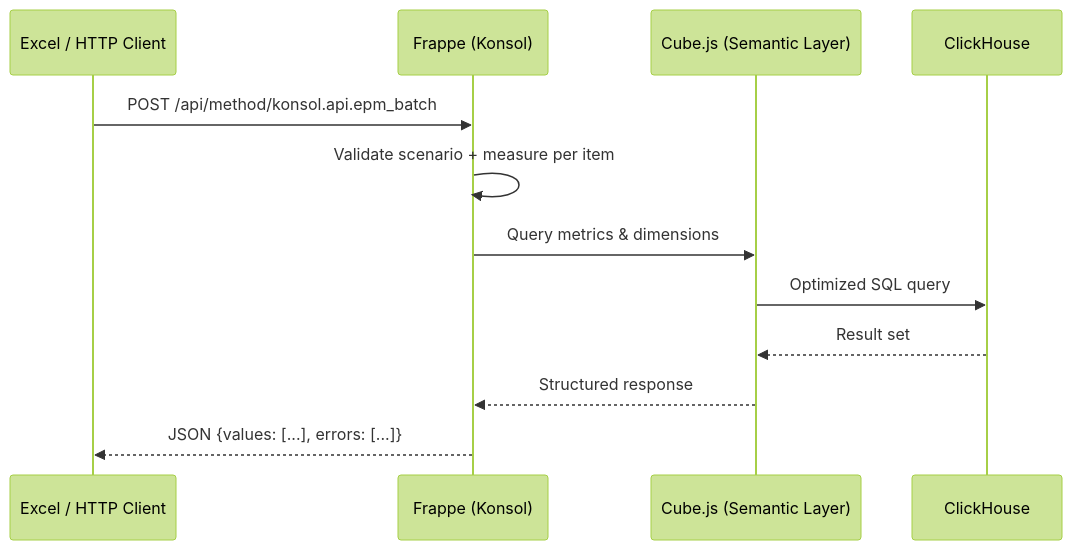
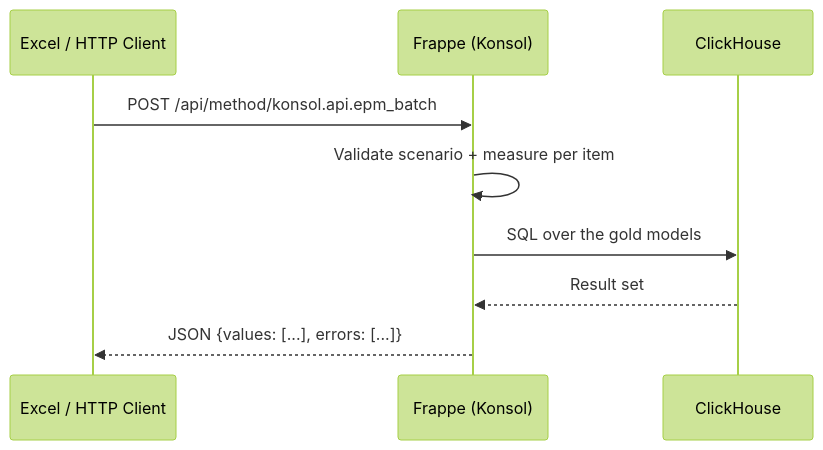
The diagram in docs/api-reference/api-overview.md (grynn-in/konsolidat), drawn with Mermaid (forest theme) before and after one commit. The commit also changed 43 other files, not shown here.

````diff
--- a/docs/api-reference/api-overview.md
+++ b/docs/api-reference/api-overview.md
@@ -40,15 +40,12 @@
 ```mermaid
 sequenceDiagram
     participant Client as Excel / HTTP Client
     participant Frappe as Frappe (Konsol)
-    participant Cube as Cube.js (Semantic Layer)
     participant CH as ClickHouse
 
     Client->>Frappe: POST /api/method/konsol.api.epm_batch
     Frappe->>Frappe: Validate scenario + measure per item
-    Frappe->>Cube: Query metrics & dimensions
-    Cube->>CH: Optimized SQL query
-    CH-->>Cube: Result set
-    Cube-->>Frappe: Structured response
+    Frappe->>CH: SQL over the gold models
+    CH-->>Frappe: Result set
     Frappe-->>Client: JSON {values: [...], errors: [...]}
 ```
````
